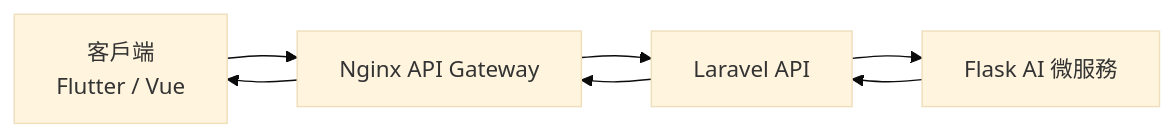
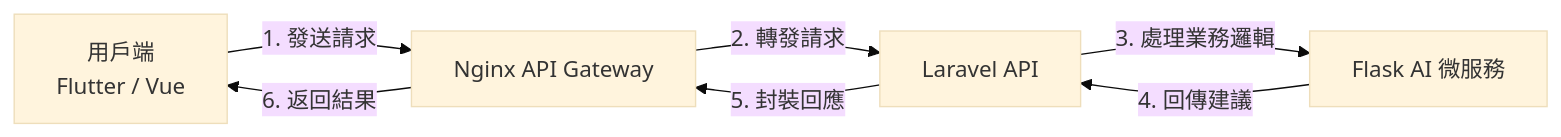
The diagram in README.md (BpsEason/petcarehub), drawn with Mermaid (base theme) before and after one commit. The commit also changed other lines of this file, not shown here.

````diff
--- a/README.md
+++ b/README.md
@@ -47,9 +48,16 @@
 ```mermaid
 flowchart LR
-  C[客戶端<br/>Flutter / Vue] --> NGN[Nginx API Gateway]
-  NGN --> LAPI[Laravel API]
-  LAPI --> AI[Flask AI 微服務]
-  AI --> LAPI
-  LAPI --> NGN
-  NGN --> C
+  C[用戶端<br/>Flutter / Vue]
+    -- "1. 發送請求" --> 
+  NGN[Nginx API Gateway]
+    -- "2. 轉發請求" --> 
+  LAPI[Laravel API]
+    -- "3. 處理業務邏輯" --> 
+  AI[Flask AI 微服務]
+    -- "4. 回傳建議" --> 
+  LAPI
+    -- "5. 封裝回應" --> 
+  NGN
+    -- "6. 返回結果" --> 
+  C
 ```
````
